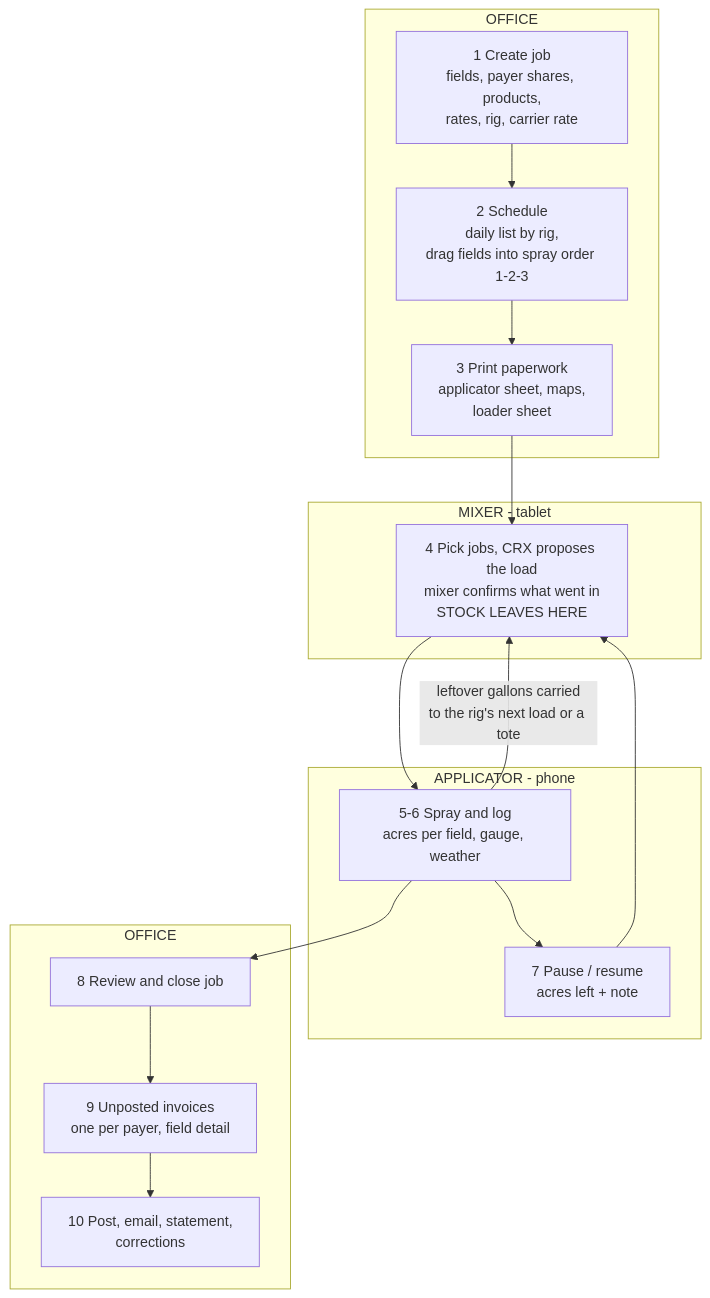
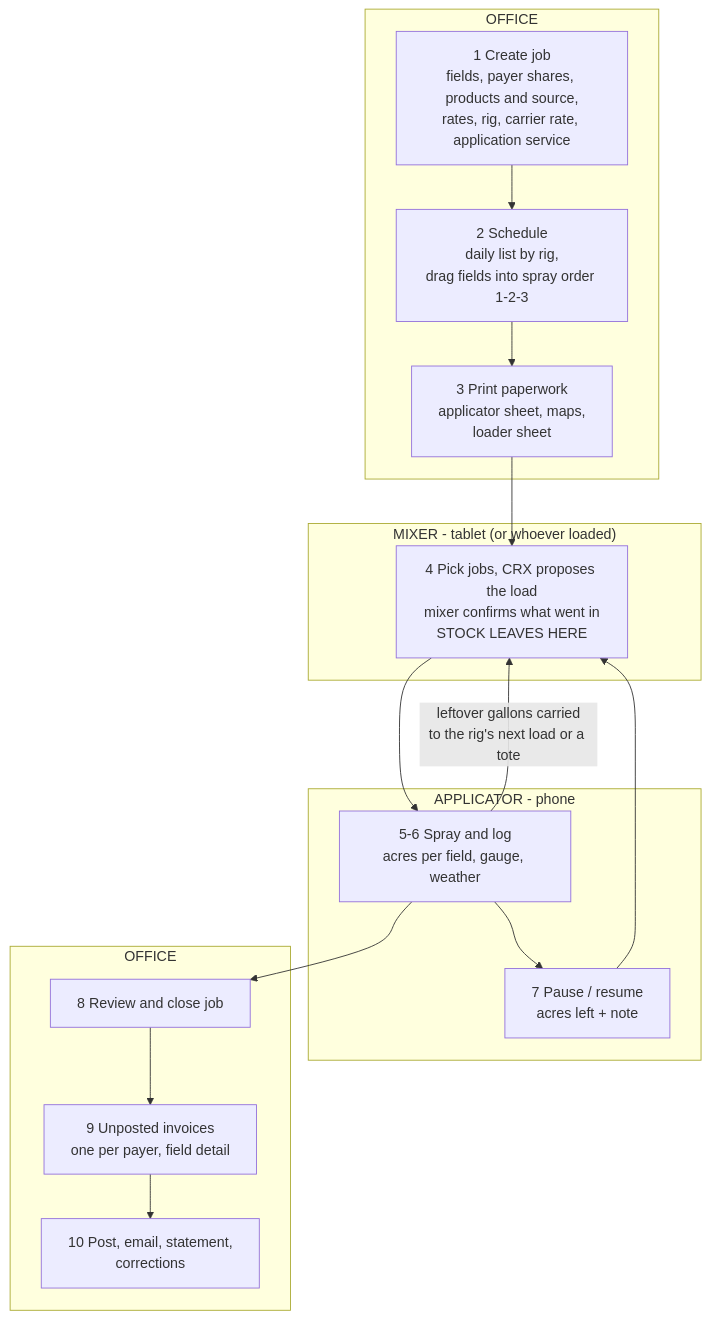
One commit to croprxsolutions/CRX_Manager_V1.0 changed the first of 2 diagrams in docs/plans/field-application/SPEC.md. Above: the diagram before and after it, drawn with Mermaid. The commit also changed other lines of this file and 10 other files, not shown here.

````diff
--- a/docs/plans/field-application/SPEC.md
+++ b/docs/plans/field-application/SPEC.md
@@ -20,24 +20,24 @@
 ```mermaid
 flowchart TD
   subgraph OFF1["OFFICE"]
-    A1["1 Create job<br/>fields, payer shares, products,<br/>rates, rig, carrier rate"]
+    A1["1 Create job<br/>fields, payer shares, products and source,<br/>rates, rig, carrier rate, application service"]
     A2["2 Schedule<br/>daily list by rig,<br/>drag fields into spray order 1-2-3"]
     A3["3 Print paperwork<br/>applicator sheet, maps,<br/>loader sheet"]
   end
-  subgraph MIX["MIXER - tablet"]
+  subgraph MIX["MIXER - tablet (or whoever loaded)"]
     B1["4 Pick jobs, CRX proposes the load<br/>mixer confirms what went in<br/>STOCK LEAVES HERE"]
   end
   subgraph APP["APPLICATOR - phone"]
     D1["5-6 Spray and log<br/>acres per field, gauge, weather"]
     D2["7 Pause / resume<br/>acres left + note"]
   end
   subgraph OFF2["OFFICE"]
     E1["8 Review and close job"]
     E2["9 Unposted invoices<br/>one per payer, field detail"]
     E3["10 Post, email, statement,<br/>corrections"]
   end
   A1 --> A2 --> A3 --> B1 --> D1
   D1 --> D2 --> B1
   D1 -- "leftover gallons carried<br/>to the rig's next load or a tote" --> B1
   D1 --> E1 --> E2 --> E3
 ```
````
